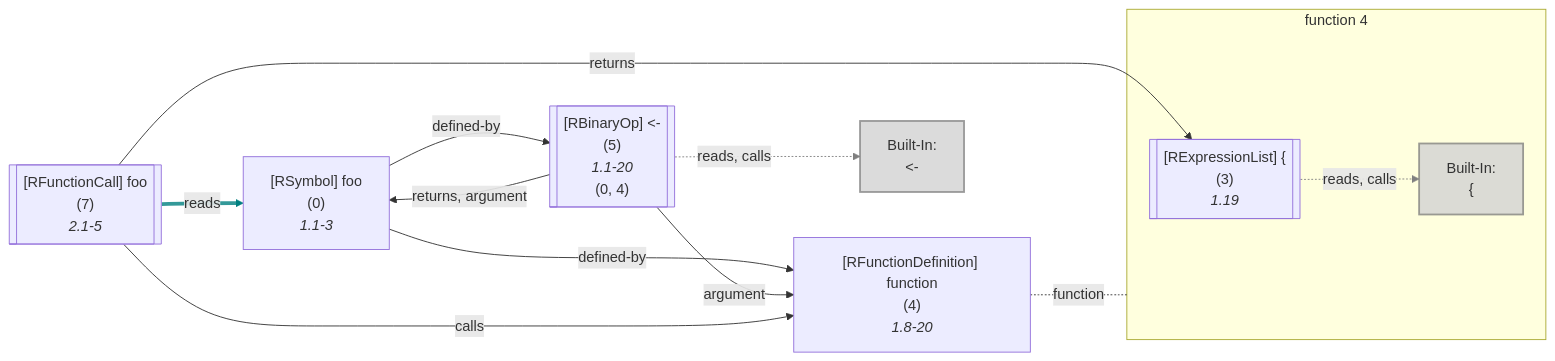
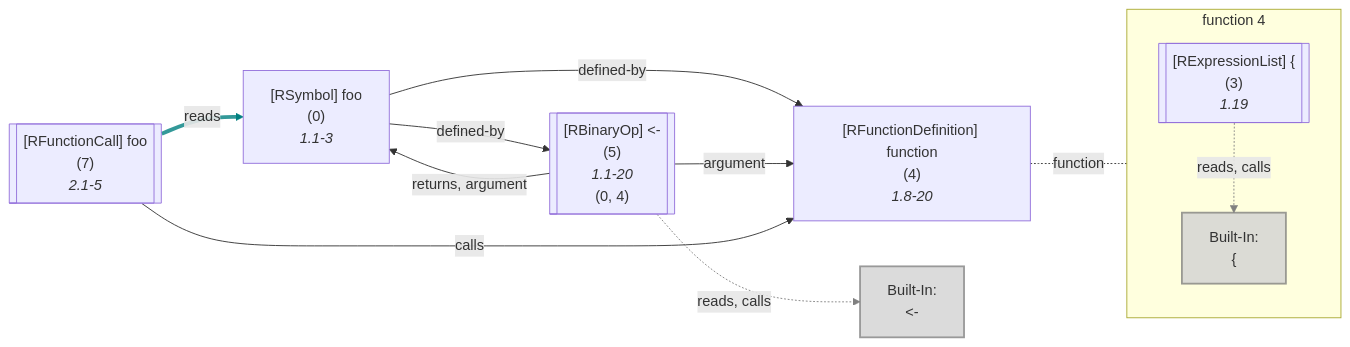
Diagram 27 of 51 in wiki/Dataflow Graph.md (flowr-analysis/flowr), drawn with Mermaid before and after one commit. The commit also changed other lines of this file and 13 other files, not shown here.

Commit message:
[skip ci] doc: update generated wiki pages (wiki/Capabilities,wiki/Dataflow Graph,wiki/Interface,wiki/Core,README)

````diff
--- a/wiki/Dataflow Graph.md
+++ b/wiki/Dataflow Graph.md
@@ -4068,46 +4075,45 @@
 ```mermaid
 flowchart LR
     4["`#91;RFunctionDefinition#93; function
       (4)
       *1.8-20*`"]
 
 subgraph "flow-4" [function 4]
     3[["`#91;RExpressionList#93; #123;
       (3)
       *1.19*`"]]
     built-in:_["`Built-In:
 #123;`"]
     style built-in:_ stroke:gray,fill:lightgray,stroke-width:2px,opacity:.8;
 end
     0["`#91;RSymbol#93; foo
       (0)
       *1.1-3*`"]
     5[["`#91;RBinaryOp#93; #60;#45;
       (5)
       *1.1-20*
     (0, 4)`"]]
     built-in:_-["`Built-In:
 #60;#45;`"]
     style built-in:_- stroke:gray,fill:lightgray,stroke-width:2px,opacity:.8;
     %% Environment of 7 [level: 0]:
     %% Built-in
-    %% 718----------------------------------------
+    %% 720----------------------------------------
     %%   foo: {**foo** (id: 0, type: Function, def. @5)}
     7[["`#91;RFunctionCall#93; foo
       (7)
       *2.1-5*`"]]
     3 -.->|"reads, calls"| built-in:_
     linkStyle 0 stroke:gray;
 4 -.-|function| flow-4
 
     0 -->|"defined-by"| 4
     0 -->|"defined-by"| 5
     5 -->|"argument"| 4
     5 -->|"returns, argument"| 0
     5 -.->|"reads, calls"| built-in:_-
     linkStyle 6 stroke:gray;
     7 -->|"reads"| 0
     linkStyle 7 stroke:teal,stroke-width:4.2px,stroke-opacity:.8
-    7 -->|"returns"| 3
     7 -->|"calls"| 4
 ```
````
